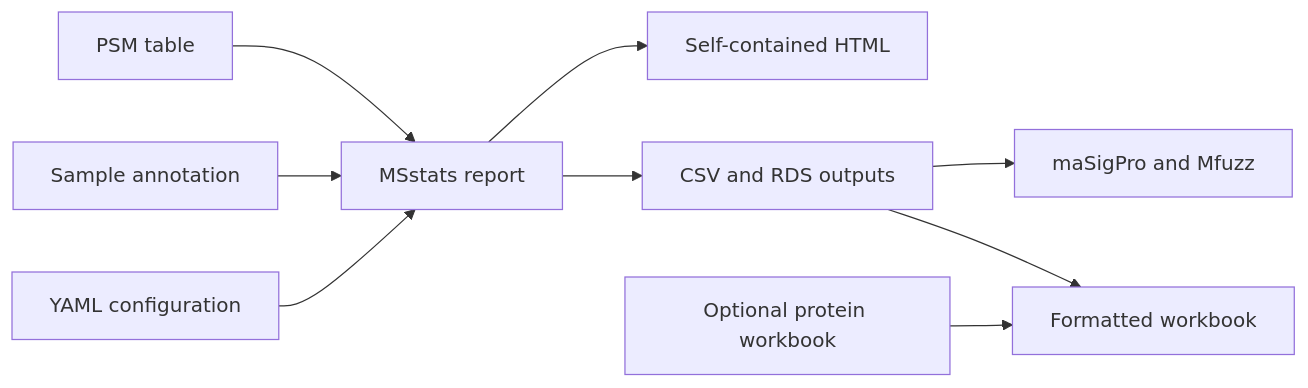
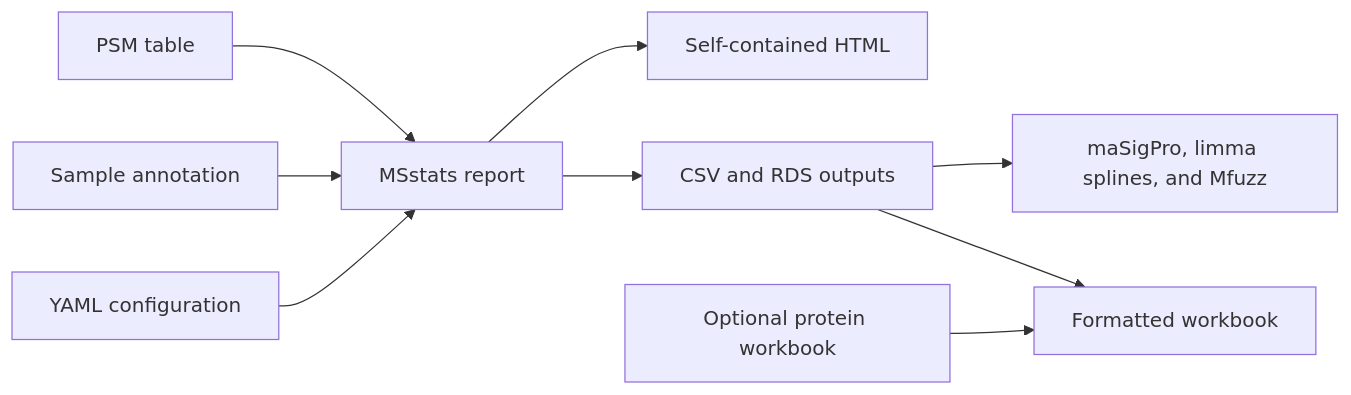
Before and after one commit to OpenOmics/PDtoMSstats: the diagram in docs/index.md, drawn with Mermaid. The commit also changed other lines of this file and 31 other files, not shown here.

````diff
--- a/docs/index.md
+++ b/docs/index.md
@@ -65,11 +65,11 @@
 ```mermaid
 flowchart LR
     PSM[PSM table] --> MAIN[MSstats report]
     ANN[Sample annotation] --> MAIN
     CFG[YAML configuration] --> MAIN
     MAIN --> HTML[Self-contained HTML]
     MAIN --> TABLES[CSV and RDS outputs]
-    TABLES --> TIME[maSigPro and Mfuzz]
+    TABLES --> TIME[maSigPro, limma splines, and Mfuzz]
     PROTEIN[Optional protein workbook] --> XLSX[Formatted workbook]
     TABLES --> XLSX
 ```
````
